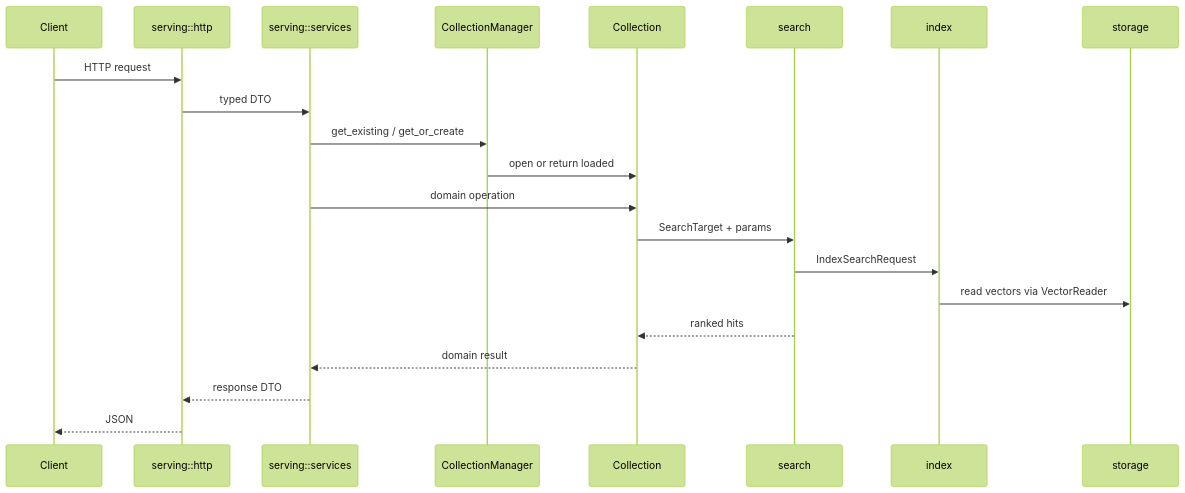
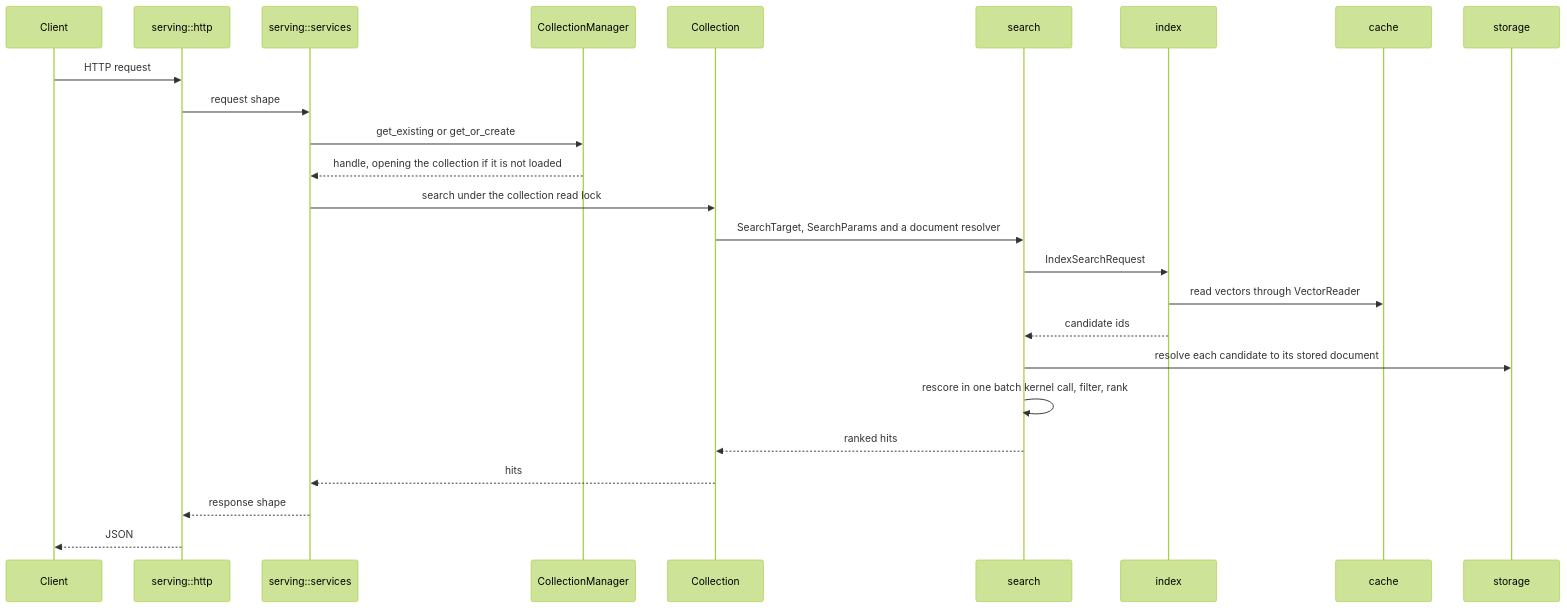
The third of 8 diagrams in docs/ARCHITECTURE.md (ashworks1706/piramid), drawn with Mermaid (forest theme) before and after one commit. The commit also changed other lines of this file, not shown here.

First line of the commit message:
Rewrite the architecture doc plainly, with flow diagrams

````diff
--- a/docs/ARCHITECTURE.md
+++ b/docs/ARCHITECTURE.md
@@ -189,24 +257,28 @@
 ```mermaid
 sequenceDiagram
     participant C as Client
     participant H as serving::http
     participant S as serving::services
     participant M as CollectionManager
     participant Col as Collection
     participant Se as search
     participant Idx as index
+    participant Ca as cache
     participant St as storage
 
     C->>H: HTTP request
-    H->>S: typed DTO
-    S->>M: get_existing / get_or_create
-    M->>Col: open or return loaded
-    S->>Col: domain operation
-    Col->>Se: SearchTarget + params
+    H->>S: request shape
+    S->>M: get_existing or get_or_create
+    M-->>S: handle, opening the collection if it is not loaded
+    S->>Col: search under the collection read lock
+    Col->>Se: SearchTarget, SearchParams and a document resolver
     Se->>Idx: IndexSearchRequest
-    Idx->>St: read vectors via VectorReader
+    Idx->>Ca: read vectors through VectorReader
+    Idx-->>Se: candidate ids
+    Se->>St: resolve each candidate to its stored document
+    Se->>Se: rescore in one batch kernel call, filter, rank
     Se-->>Col: ranked hits
-    Col-->>S: domain result
-    S-->>H: response DTO
+    Col-->>S: hits
+    S-->>H: response shape
     H-->>C: JSON
 ```
````
